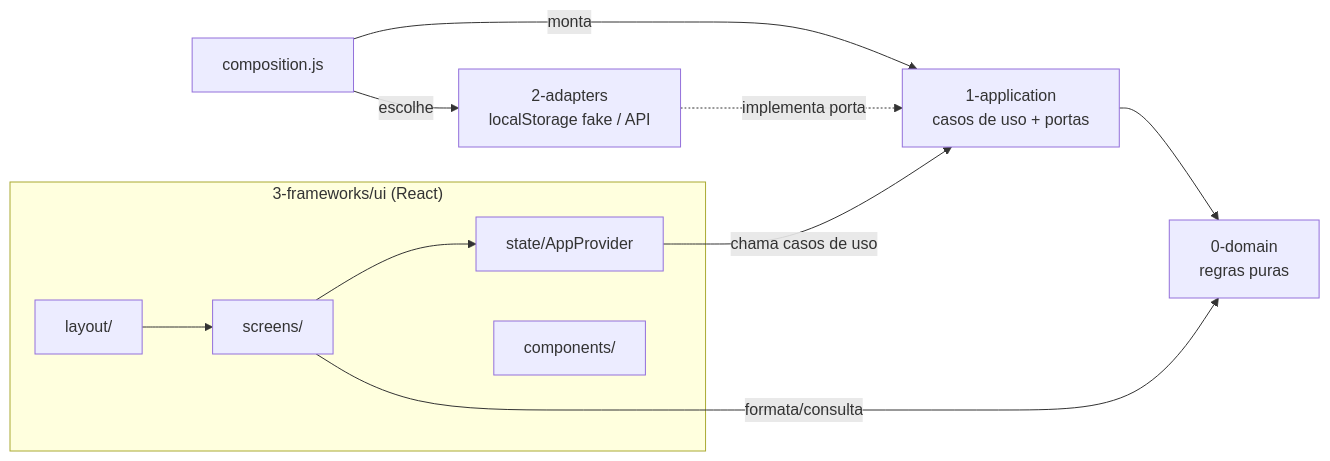
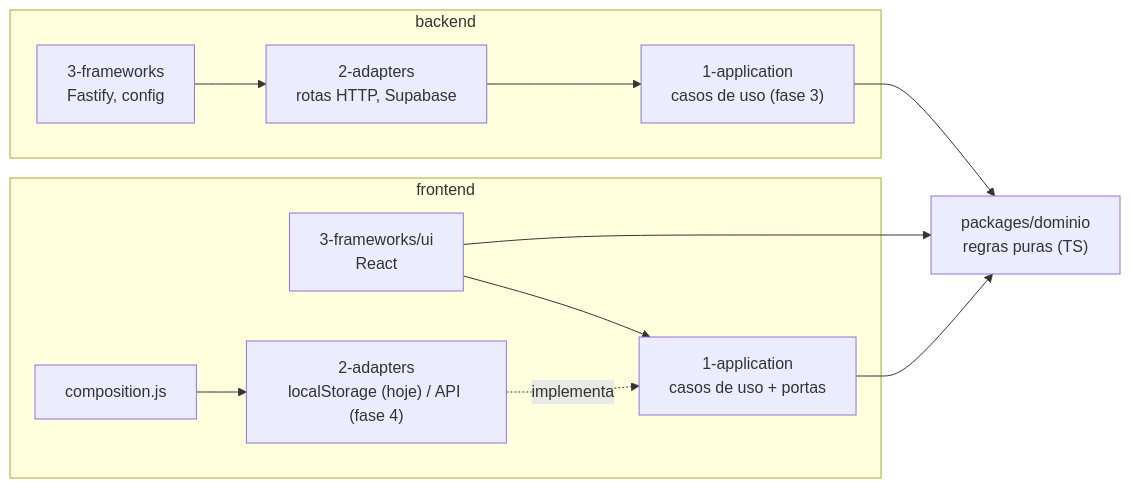
Before and after one commit to yarabeatrixz/HortiControl: the diagram in docs/ARQUITETURA.md, drawn with Mermaid. The commit also changed other lines of this file and 7 other files, not shown here.

````diff
--- a/docs/ARQUITETURA.md
+++ b/docs/ARQUITETURA.md
@@ -7,14 +16,16 @@
 ```mermaid
 flowchart LR
-  subgraph UI["3-frameworks/ui (React)"]
-    screens[screens/] --> state[state/AppProvider]
-    layout[layout/] --> screens
-    components[components/] 
+  dominio["packages/dominio<br/>regras puras (TS)"]
+  subgraph FE["frontend"]
+    ui["3-frameworks/ui<br/>React"] --> fapp["1-application<br/>casos de uso + portas"]
+    fadp["2-adapters<br/>localStorage (hoje) / API (fase 4)"] -. implementa .-> fapp
+    fcomp["composition.js"] --> fadp
   end
-  comp[composition.js] -->|monta| app
-  app[1-application<br/>casos de uso + portas] --> domain[0-domain<br/>regras puras]
-  adapters[2-adapters<br/>localStorage fake / API] -. implementa porta .-> app
-  comp -->|escolhe| adapters
-  state -->|chama casos de uso| app
-  screens -->|formata/consulta| domain
+  subgraph BE["backend"]
+    http["3-frameworks<br/>Fastify, config"] --> badp["2-adapters<br/>rotas HTTP, Supabase"]
+    badp --> bapp["1-application<br/>casos de uso (fase 3)"]
+  end
+  fapp --> dominio
+  ui --> dominio
+  bapp --> dominio
 ```
````
